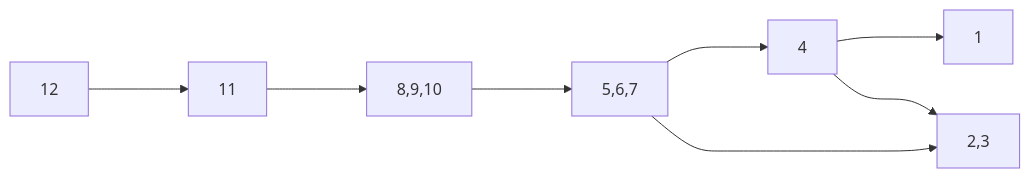
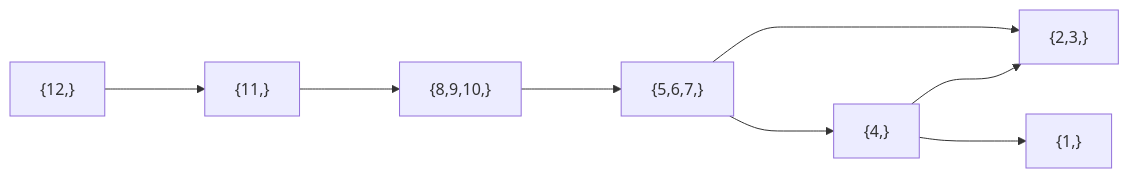
One commit to xtf0214/CPP changed diagram 23 of 24 in OI-ACM/Graph/graph.md. Above: the diagram before and after it, drawn with Mermaid. The commit also changed other lines of this file, not shown here.

Commit message:
图论可视化

````diff
--- a/OI-ACM/Graph/graph.md
+++ b/OI-ACM/Graph/graph.md
@@ -320,13 +347,17 @@
 ```mermaid
 flowchart LR
-1[12]
-2[11]
-3[8,9,10]
-4[5,6,7]
-5[4]
-6[2,3]
-7[1]
-1--->2--->3--->4--->5--->7
+1["{12,}"]
+1--->2
+2["{11,}"]
+2--->3
+3["{8,9,10,}"]
+3--->4
+4["{5,6,7,}"]
+4--->5
+4--->6
+5["{4,}"]
 5--->6
-4--->6
+5--->7
+6["{2,3,}"]
+7["{1,}"]
 ```
````
